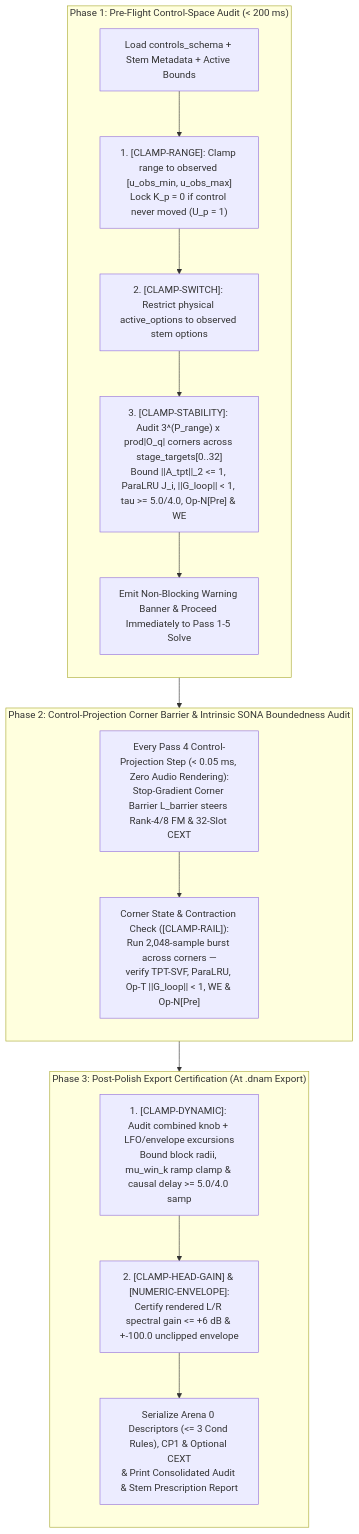
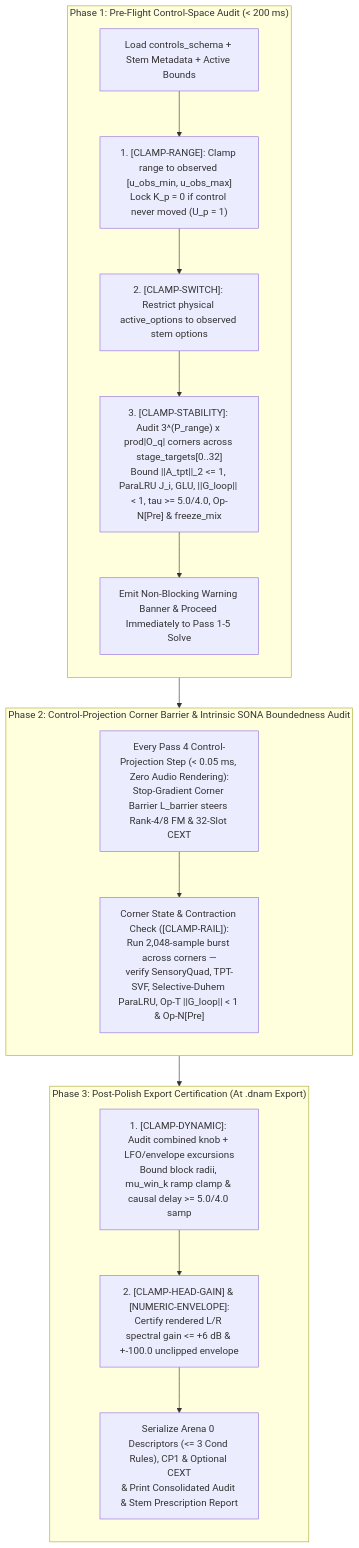
Before and after one commit to mokugen/dnam: the diagram in docs/specs/training/control_space_audit.md, drawn with Mermaid. The commit also changed other lines of this file and 26 other files, not shown here.

````diff
--- a/docs/specs/training/control_space_audit.md
+++ b/docs/specs/training/control_space_audit.md
@@ -26,23 +26,23 @@
 ```mermaid
 flowchart TD
     subgraph P1 ["Phase 1: Pre-Flight Control-Space Audit (< 200 ms)"]
         direction TB
         S0["Load controls_schema + Stem Metadata + Active Bounds"] --> CRange["1. [CLAMP-RANGE]: Clamp range to observed [u_obs_min, u_obs_max]<br/>Lock K_p = 0 if control never moved (U_p = 1)"]
         CRange --> CSwitch["2. [CLAMP-SWITCH]: Restrict physical active_options to observed stem options"]
-        CSwitch --> CStab["3. [CLAMP-STABILITY]: Audit 3^(P_range) x prod|O_q| corners across stage_targets[0..32]<br/>Bound ||A_tpt||_2 <= 1, ParaLRU J_i, ||G_loop|| < 1, tau >= 5.0/4.0, Op-N[Pre] & WE"]
+        CSwitch --> CStab["3. [CLAMP-STABILITY]: Audit 3^(P_range) x prod|O_q| corners across stage_targets[0..32]<br/>Bound ||A_tpt||_2 <= 1, ParaLRU J_i, GLU, ||G_loop|| < 1, tau >= 5.0/4.0, Op-N[Pre] & freeze_mix"]
         CStab --> Warn["Emit Non-Blocking Warning Banner & Proceed Immediately to Pass 1-5 Solve"]
     end
 
     subgraph P2 ["Phase 2: Control-Projection Corner Barrier & Intrinsic SONA Boundedness Audit"]
         direction TB
-        Step["Every Pass 4 Control-Projection Step (< 0.05 ms, Zero Audio Rendering):<br/>Stop-Gradient Corner Barrier L_barrier steers Rank-4/8 FM & 32-Slot CEXT"] --> Rail["Corner State & Contraction Check ([CLAMP-RAIL]):<br/>Run 2,048-sample burst across corners —<br/>verify TPT-SVF, ParaLRU, Op-T ||G_loop|| < 1, WE & Op-N[Pre]"]
+        Step["Every Pass 4 Control-Projection Step (< 0.05 ms, Zero Audio Rendering):<br/>Stop-Gradient Corner Barrier L_barrier steers Rank-4/8 FM & 32-Slot CEXT"] --> Rail["Corner State & Contraction Check ([CLAMP-RAIL]):<br/>Run 2,048-sample burst across corners —<br/>verify SensoryQuad, TPT-SVF, Selective-Duhem ParaLRU, Op-T ||G_loop|| < 1 & Op-N[Pre]"]
     end
 
     subgraph P3 ["Phase 3: Post-Polish Export Certification (At .dnam Export)"]
         direction TB
         CDyn["1. [CLAMP-DYNAMIC]: Audit combined knob + LFO/envelope excursions<br/>Bound block radii, mu_win_k ramp clamp & causal delay >= 5.0/4.0 samp"] --> CHead["2. [CLAMP-HEAD-GAIN] & [NUMERIC-ENVELOPE]:<br/>Certify rendered L/R spectral gain <= +6 dB & +-100.0 unclipped envelope"]
         CHead --> Out["Serialize Arena 0 Descriptors (<= 3 Cond Rules), CP1 & Optional CEXT<br/>& Print Consolidated Audit & Stem Prescription Report"]
     end
 
     P1 --> P2 --> P3
 ```
````
